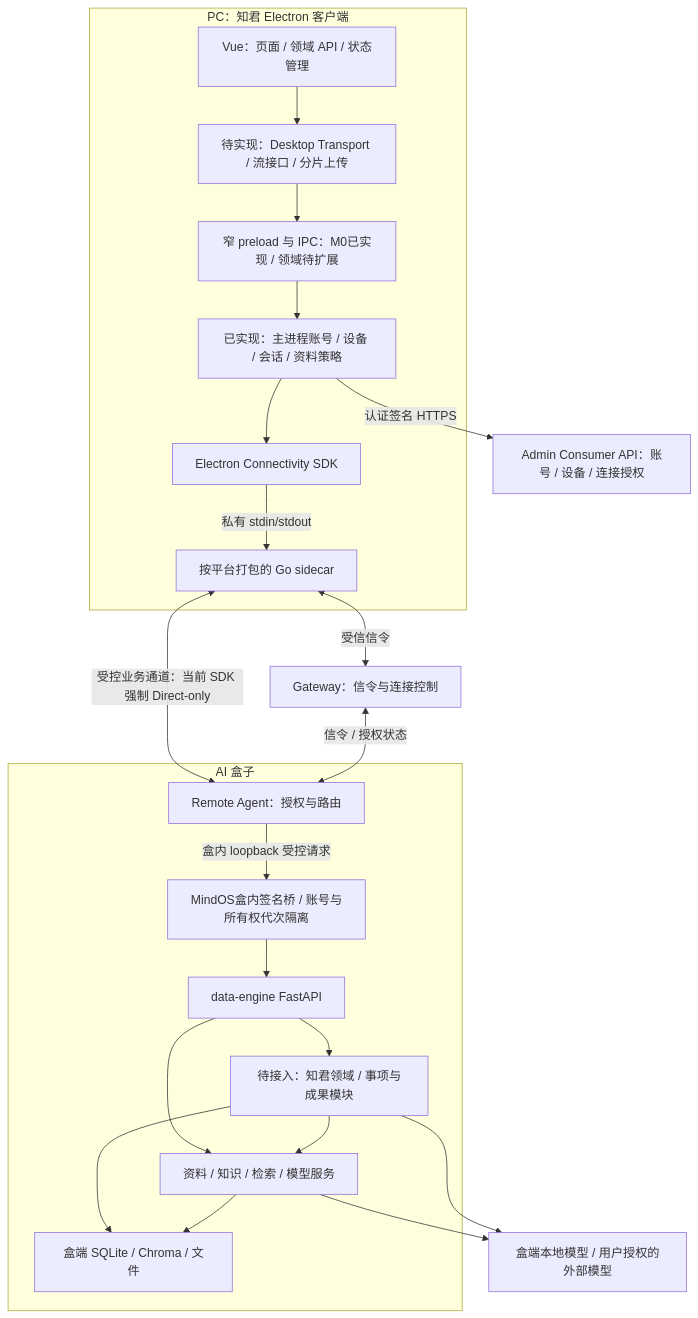
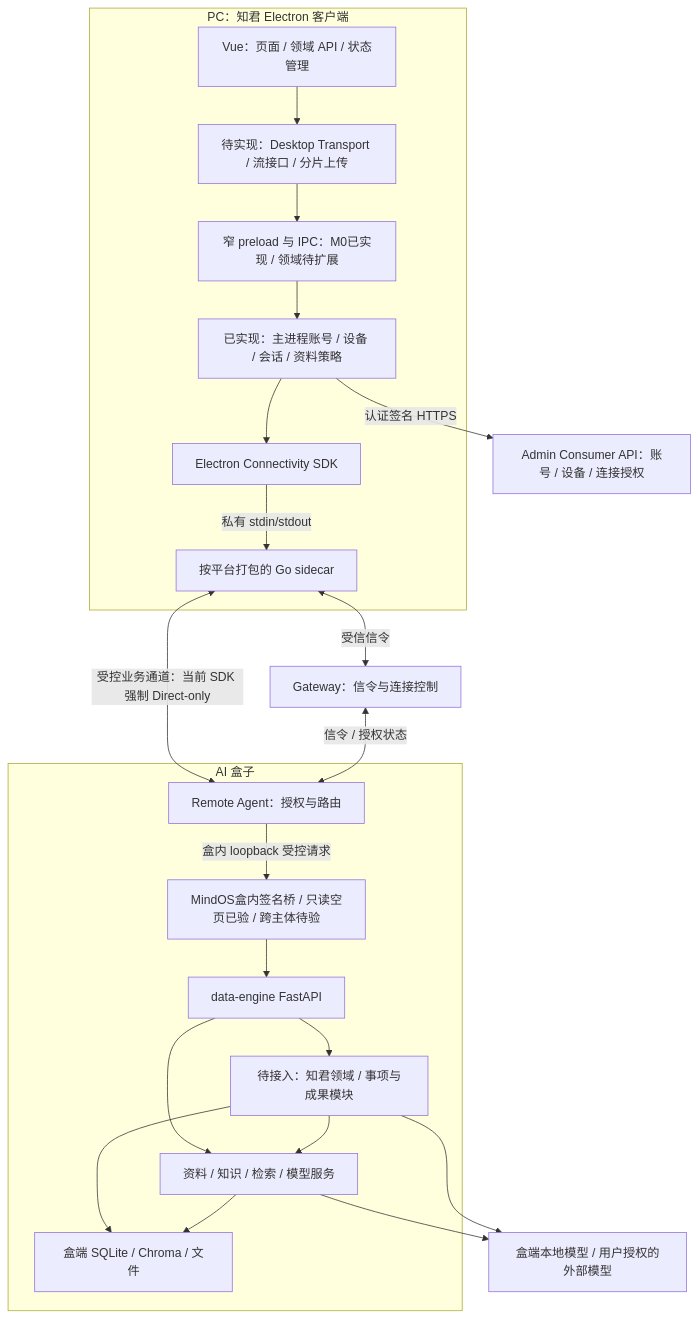
Before and after one commit to finewood2008/centaurAI-zhijun: the third of 4 diagrams in docs/development/ARCHITECTURE-0905.md, drawn with Mermaid. The commit also changed other lines of this file and 19 other files, not shown here.

````diff
--- a/docs/development/ARCHITECTURE-0905.md
+++ b/docs/development/ARCHITECTURE-0905.md
@@ -156,36 +163,36 @@
 ```mermaid
 flowchart TB
   subgraph pc[PC：知君 Electron 客户端]
     ui[Vue：页面 / 领域 API / 状态管理]
     transport[待实现：Desktop Transport / 流接口 / 分片上传]
     preload[窄 preload 与 IPC：M0已实现 / 领域待扩展]
     main[已实现：主进程账号 / 设备 / 会话 / 资料策略]
     sdk[Electron Connectivity SDK]
     sidecar[按平台打包的 Go sidecar]
     ui --> transport --> preload --> main --> sdk
     sdk -->|私有 stdin/stdout| sidecar
   end
   admin[Admin Consumer API：账号 / 设备 / 连接授权]
   gateway[Gateway：信令与连接控制]
   main -->|认证签名 HTTPS| admin
   sidecar <-->|受信信令| gateway
   subgraph box[AI 盒子]
     agent[Remote Agent：授权与路由]
-    auth[MindOS盒内签名桥 / 账号与所有权代次隔离]
+    auth[MindOS盒内签名桥 / 只读空页已验 / 跨主体待验]
     engine[data-engine FastAPI]
     zj[待接入：知君领域 / 事项与成果模块]
     data[资料 / 知识 / 检索 / 模型服务]
     state[盒端 SQLite / Chroma / 文件]
     agent -->|盒内 loopback 受控请求| auth --> engine
     engine --> zj
     engine --> data
     zj --> data
     zj --> state
     data --> state
   end
   sidecar <-->|受控业务通道：当前 SDK 强制 Direct-only| agent
   gateway <-->|信令 / 授权状态| agent
   model[盒端本地模型 / 用户授权的外部模型]
   data --> model
   zj --> model
 ```
````
